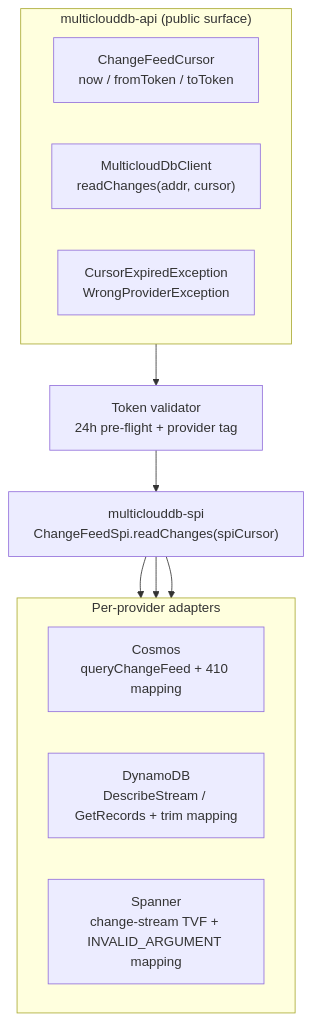
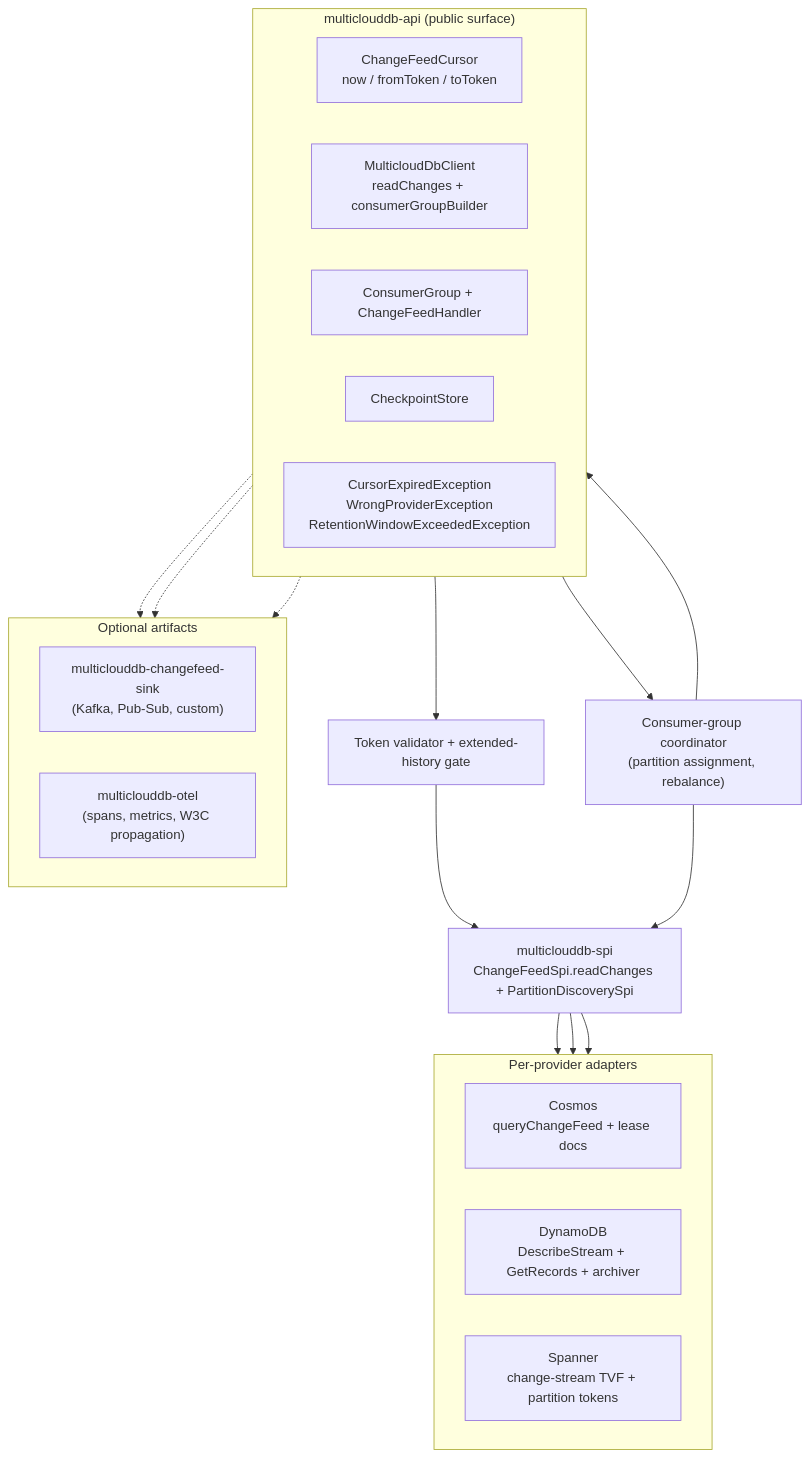
The first of 2 diagrams in docs/research/scalable-change-feed-api.md (allenkim0129/multiclouddb-sdk-for-java), drawn with Mermaid before and after one commit. The commit also changed other lines of this file, not shown here.

First line of the commit message:
docs(research): align change-feed doc with spec PR #83

````diff
--- a/docs/research/scalable-change-feed-api.md
+++ b/docs/research/scalable-change-feed-api.md
@@ -151,22 +202,36 @@
 ```mermaid
 flowchart TB
     subgraph PUB["multiclouddb-api (public surface)"]
         direction LR
         Cur["ChangeFeedCursor<br/>now / fromToken / toToken"]
-        Cli["MulticloudDbClient<br/>readChanges(addr, cursor)"]
-        Exn["CursorExpiredException<br/>WrongProviderException"]
+        Cli["MulticloudDbClient<br/>readChanges + consumerGroupBuilder"]
+        Grp["ConsumerGroup + ChangeFeedHandler"]
+        Chk["CheckpointStore"]
+        Exn["CursorExpiredException<br/>WrongProviderException<br/>RetentionWindowExceededException"]
     end
-    Val["Token validator<br/>24h pre-flight + provider tag"]
-    SPI["multiclouddb-spi<br/>ChangeFeedSpi.readChanges(spiCursor)"]
+    Val["Token validator + extended-history gate"]
+    Coord["Consumer-group coordinator<br/>(partition assignment, rebalance)"]
+    SPI["multiclouddb-spi<br/>ChangeFeedSpi.readChanges + PartitionDiscoverySpi"]
     subgraph IMPL["Per-provider adapters"]
         direction LR
-        Cos["Cosmos<br/>queryChangeFeed + 410 mapping"]
-        Dyn["DynamoDB<br/>DescribeStream / GetRecords + trim mapping"]
-        Spa["Spanner<br/>change-stream TVF + INVALID_ARGUMENT mapping"]
+        Cos["Cosmos<br/>queryChangeFeed + lease docs"]
+        Dyn["DynamoDB<br/>DescribeStream + GetRecords + archiver"]
+        Spa["Spanner<br/>change-stream TVF + partition tokens"]
+    end
+    subgraph OPT["Optional artifacts"]
+        direction LR
+        Snk["multiclouddb-changefeed-sink<br/>(Kafka, Pub-Sub, custom)"]
+        Otel["multiclouddb-otel<br/>(spans, metrics, W3C propagation)"]
     end
     Cli --> Val
     Val --> SPI
+    Grp --> Coord
+    Coord --> SPI
+    Coord --> Chk
     SPI --> Cos
     SPI --> Dyn
     SPI --> Spa
+    Grp -.-> Snk
+    Cli -.-> Otel
+    Grp -.-> Otel
 ```
````
